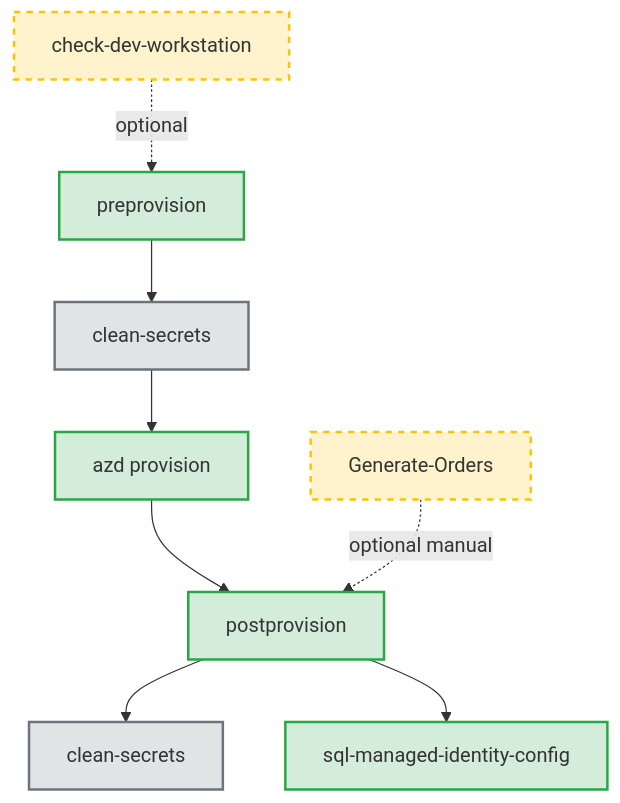
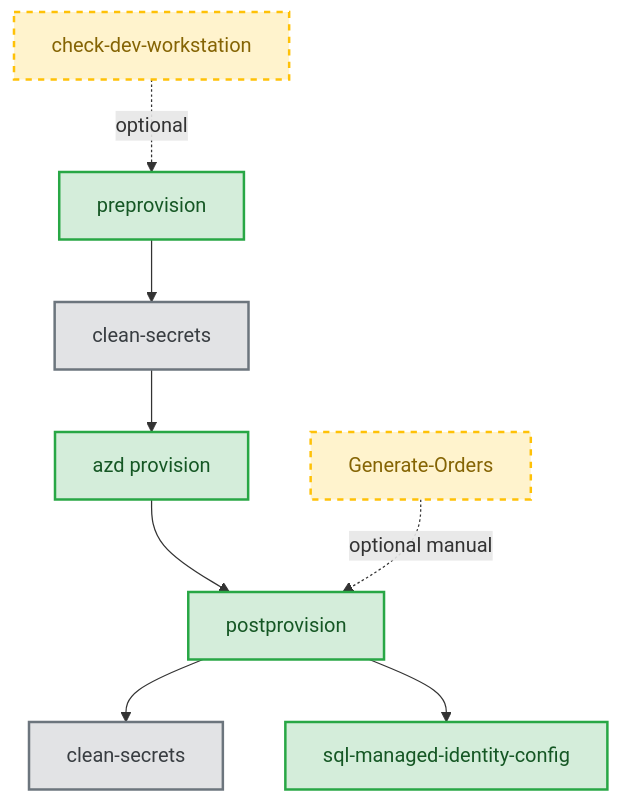
Before and after one commit to Evilazaro/Azure-LogicApps-Monitoring: the first of 7 diagrams in docs/hooks/VALIDATION-WORKFLOW.md, drawn with Mermaid. The commit also changed other lines of this file and 1 other file, not shown here.

Commit message:
Refactor workflow diagrams in SQL Managed Identity Configuration documentation for improved clarity and consistency in styling

````diff
--- a/docs/hooks/VALIDATION-WORKFLOW.md
+++ b/docs/hooks/VALIDATION-WORKFLOW.md
@@ -29,27 +29,27 @@
 ```mermaid
 flowchart TD
     CheckDev[check-dev-workstation]
     PreProv[preprovision]
     CleanSecrets1[clean-secrets]
     AzdProv[azd provision]
     PostProv[postprovision]
     CleanSecrets2[clean-secrets]
     SqlConfig[sql-managed-identity-config]
     GenOrders[Generate-Orders]
 
     CheckDev -.optional.-> PreProv
     PreProv --> CleanSecrets1
     CleanSecrets1 --> AzdProv
     AzdProv --> PostProv
     PostProv --> CleanSecrets2
     PostProv --> SqlConfig
     GenOrders -.optional manual.-> PostProv
 
-    classDef optionalClass fill:#fff3cd,stroke:#ffc107,stroke-width:2px,stroke-dasharray: 5 5
-    classDef automaticClass fill:#d4edda,stroke:#28a745,stroke-width:2px
-    classDef utilityClass fill:#e2e3e5,stroke:#6c757d,stroke-width:2px
+    classDef optionalClass fill:#fff3cd,stroke:#ffc107,stroke-width:2px,stroke-dasharray: 5 5,color:#856404
+    classDef automaticClass fill:#d4edda,stroke:#28a745,stroke-width:2px,color:#155724
+    classDef utilityClass fill:#e2e3e5,stroke:#6c757d,stroke-width:2px,color:#383d41
 
     class CheckDev,GenOrders optionalClass
     class PreProv,AzdProv,PostProv,SqlConfig automaticClass
     class CleanSecrets1,CleanSecrets2 utilityClass
 ```
````
